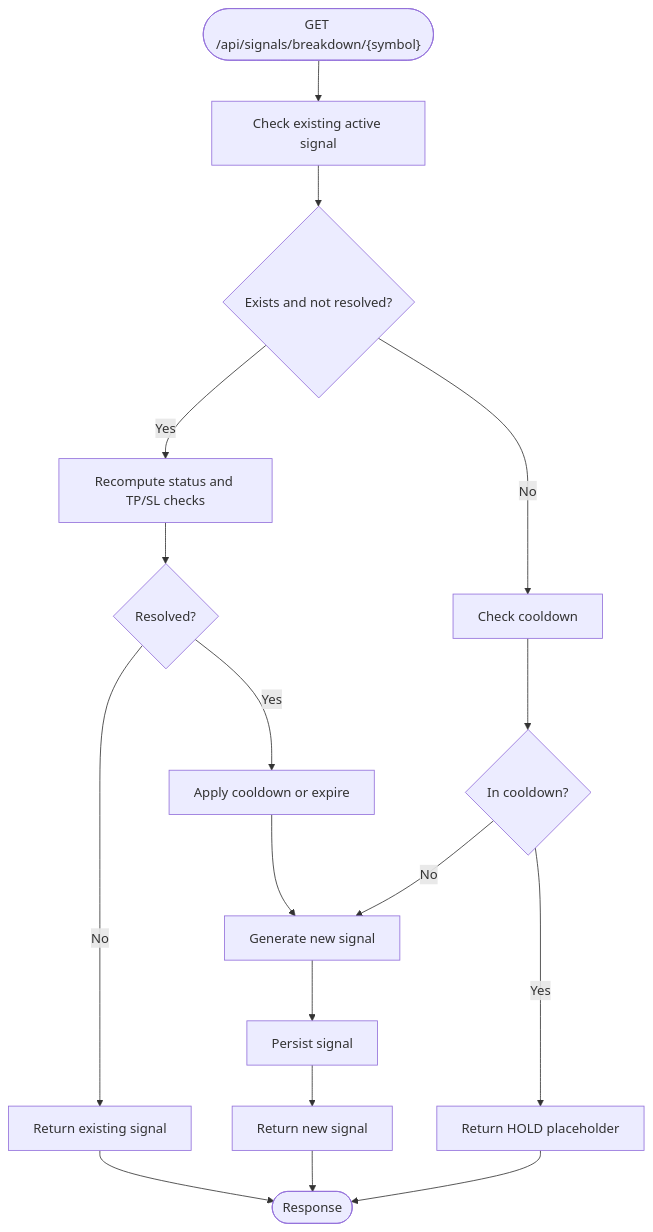
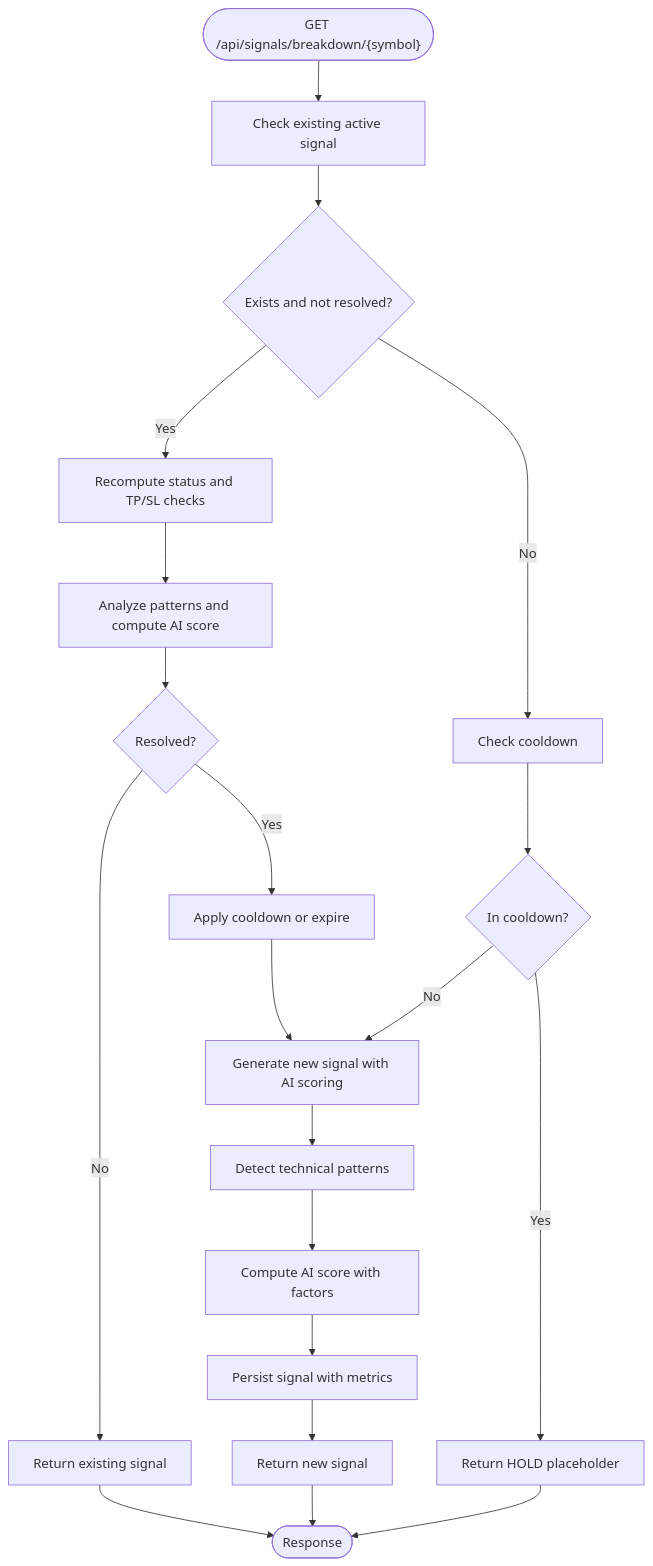
Before and after one commit to cavraeg-eng/Trading-App: the fourth of 8 diagrams in .qoder/repowiki/en/content/Project Overview/Core Features/API Routes.md, drawn with Mermaid. The commit also changed other lines of this file and 138 other files, not shown here.

First line of the commit message:
feat(LiveTrading): add MT5-style chart overlay for entry/SL/TP levels

````diff
--- a/.qoder/repowiki/en/content/Project Overview/Core Features/API Routes.md
+++ b/.qoder/repowiki/en/content/Project Overview/Core Features/API Routes.md
@@ -195,19 +237,22 @@
 ```mermaid
 flowchart TD
 Start(["GET /api/signals/breakdown/{symbol}"]) --> CheckActive["Check existing active signal"]
 CheckActive --> Exists{"Exists and not resolved?"}
 Exists --> |Yes| Recompute["Recompute status and TP/SL checks"]
-Recompute --> Resolved{"Resolved?"}
+Recompute --> AnalyzePatterns["Analyze patterns and compute AI score"]
+AnalyzePatterns --> Resolved{"Resolved?"}
 Resolved --> |Yes| Cooldown["Apply cooldown or expire"]
-Cooldown --> Generate["Generate new signal"]
+Cooldown --> Generate["Generate new signal with AI scoring"]
 Resolved --> |No| ReturnExisting["Return existing signal"]
 Exists --> |No| CooldownCheck["Check cooldown"]
 CooldownCheck --> OnCooldown{"In cooldown?"}
 OnCooldown --> |Yes| Hold["Return HOLD placeholder"]
 OnCooldown --> |No| Generate
-Generate --> Persist["Persist signal"]
+Generate --> DetectPatterns["Detect technical patterns"]
+DetectPatterns --> ComputeAIScore["Compute AI score with factors"]
+ComputeAIScore --> Persist["Persist signal with metrics"]
 Persist --> ReturnNew["Return new signal"]
 ReturnExisting --> End(["Response"])
 ReturnNew --> End
 Hold --> End
 ```
````
